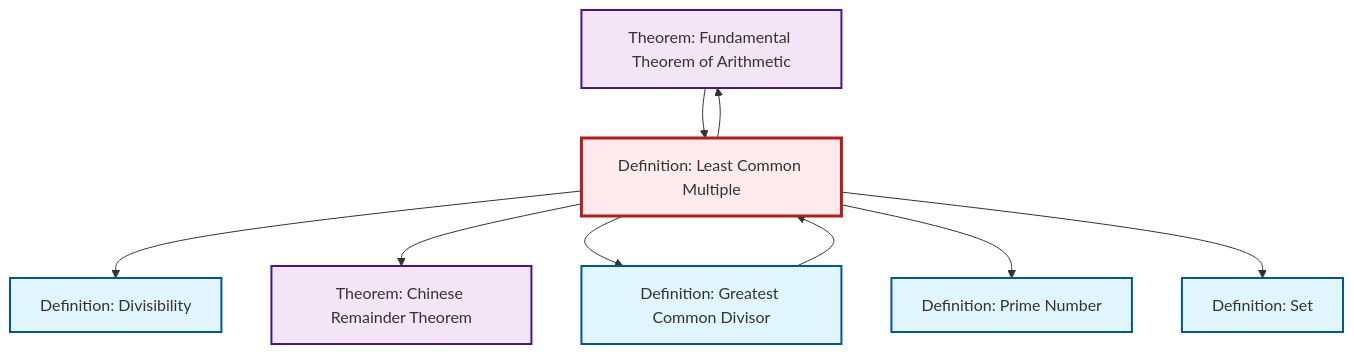
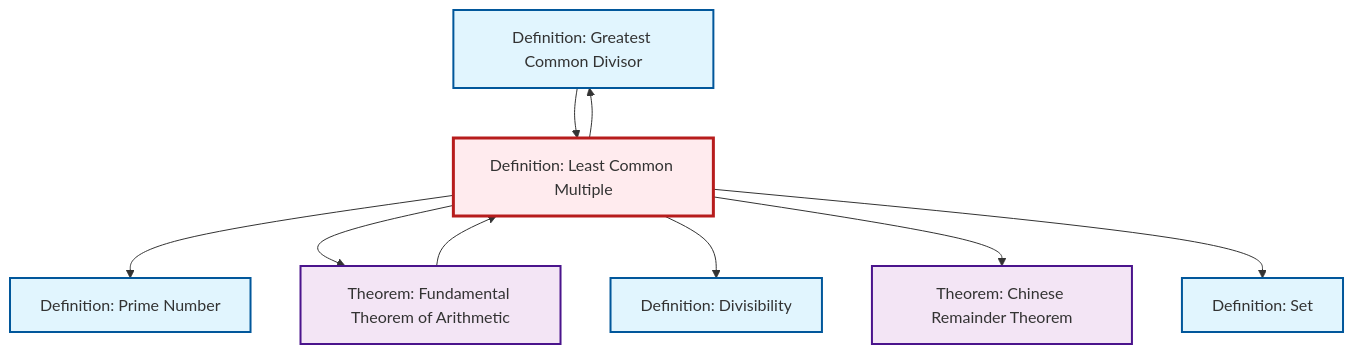
Before and after one commit to RK0429/ModernMath: the diagram in content/en/number-theory/def-lcm.qmd, drawn with Mermaid. The commit also changed other lines of this file and 1012 other files, not shown here.

````diff
--- a/content/en/number-theory/def-lcm.qmd
+++ b/content/en/number-theory/def-lcm.qmd
@@ -83,31 +83,31 @@
 ```{mermaid}
 %%| fig-cap: "Local dependency graph"
 graph TD
     classDef definition fill:#e1f5fe,stroke:#01579b,stroke-width:2px
     classDef theorem fill:#f3e5f5,stroke:#4a148c,stroke-width:2px
     classDef axiom fill:#fff3e0,stroke:#e65100,stroke-width:2px
     classDef example fill:#e8f5e9,stroke:#1b5e20,stroke-width:2px
     classDef current fill:#ffebee,stroke:#b71c1c,stroke-width:3px
+    def-gcd["Definition: Greatest Common Divisor"]:::definition
+    thm-chinese-remainder["Theorem: Chinese Remainder Theorem"]:::theorem
+    def-lcm["Definition: Least Common Multiple"]:::definition
+    thm-fundamental-arithmetic["Theorem: Fundamental Theorem of Arithmetic"]:::theorem
     def-divisibility["Definition: Divisibility"]:::definition
     def-set["Definition: Set"]:::definition
-    thm-fundamental-arithmetic["Theorem: Fundamental Theorem of Arithmetic"]:::theorem
-    thm-chinese-remainder["Theorem: Chinese Remainder Theorem"]:::theorem
-    def-gcd["Definition: Greatest Common Divisor"]:::definition
-    def-lcm["Definition: Least Common Multiple"]:::definition
     def-prime["Definition: Prime Number"]:::definition
-    thm-fundamental-arithmetic --> def-lcm
+    def-lcm --> def-prime
+    def-lcm --> def-gcd
+    def-lcm --> thm-fundamental-arithmetic
     def-lcm --> def-divisibility
     def-lcm --> thm-chinese-remainder
-    def-lcm --> def-gcd
-    def-lcm --> def-prime
+    thm-fundamental-arithmetic --> def-lcm
+    def-gcd --> def-lcm
     def-lcm --> def-set
-    def-lcm --> thm-fundamental-arithmetic
-    def-gcd --> def-lcm
     class def-lcm current
+    click def-gcd "def-gcd.html" "Go to Greatest Common Divisor definition"
+    click thm-chinese-remainder "thm-chinese-remainder.html" "Go to Chinese Remainder Theorem theorem"
+    click thm-fundamental-arithmetic "thm-fundamental-arithmetic.html" "Go to Fundamental Theorem of Arithmetic theorem"
     click def-divisibility "def-divisibility.html" "Go to Divisibility definition"
     click def-set "def-set.html" "Go to Set definition"
-    click thm-fundamental-arithmetic "thm-fundamental-arithmetic.html" "Go to Fundamental Theorem of Arithmetic theorem"
-    click thm-chinese-remainder "thm-chinese-remainder.html" "Go to Chinese Remainder Theorem theorem"
-    click def-gcd "def-gcd.html" "Go to Greatest Common Divisor definition"
     click def-prime "def-prime.html" "Go to Prime Number definition"
 ```
````
